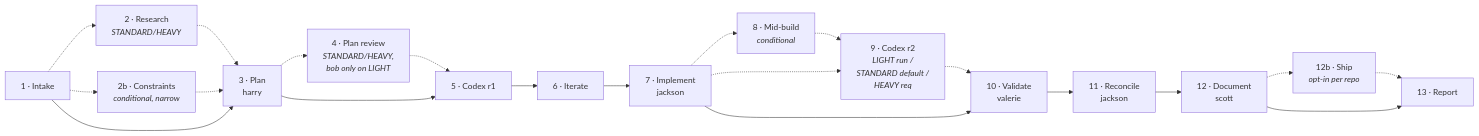
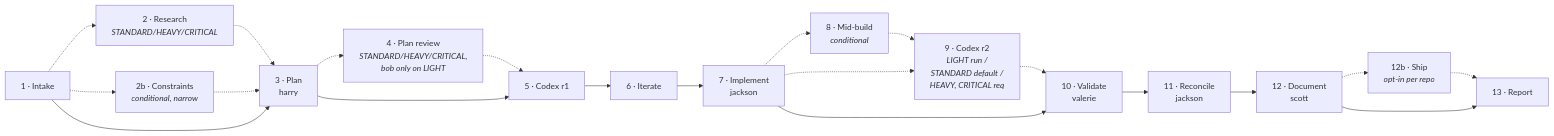
Before and after one commit to jstuart0/mozart-orchestration: the diagram in README.md, drawn with Mermaid. The commit also changed other lines of this file and 9 other files, not shown here.

````diff
--- a/README.md
+++ b/README.md
@@ -41,23 +41,23 @@
 ```mermaid
 flowchart LR
-    A[1 · Intake] -.-> B[2 · Research<br/><i>STANDARD/HEAVY</i>]
+    A[1 · Intake] -.-> B[2 · Research<br/><i>STANDARD/HEAVY/CRITICAL</i>]
     A -.-> N[2b · Constraints<br/><i>conditional, narrow</i>]
     B -.-> C[3 · Plan<br/>harry]
     N -.-> C
     A --> C
-    C -.-> D[4 · Plan review<br/><i>STANDARD/HEAVY,<br/>bob only on LIGHT</i>]
+    C -.-> D[4 · Plan review<br/><i>STANDARD/HEAVY/CRITICAL,<br/>bob only on LIGHT</i>]
     D -.-> E[5 · Codex r1]
     C --> E
     E --> F[6 · Iterate]
     F --> G[7 · Implement<br/>jackson]
     G -.-> H[8 · Mid-build<br/><i>conditional</i>]
-    H -.-> I[9 · Codex r2<br/><i>LIGHT run /<br/>STANDARD default /<br/>HEAVY req</i>]
+    H -.-> I[9 · Codex r2<br/><i>LIGHT run /<br/>STANDARD default /<br/>HEAVY, CRITICAL req</i>]
     G -.-> I
     I -.-> J[10 · Validate<br/>valerie]
     G --> J
     J --> K[11 · Reconcile<br/>jackson]
     K --> L[12 · Document<br/>scott]
     L -.-> S[12b · Ship<br/><i>opt-in per repo</i>]
     S -.-> M[13 · Report]
     L --> M
 ```
````
